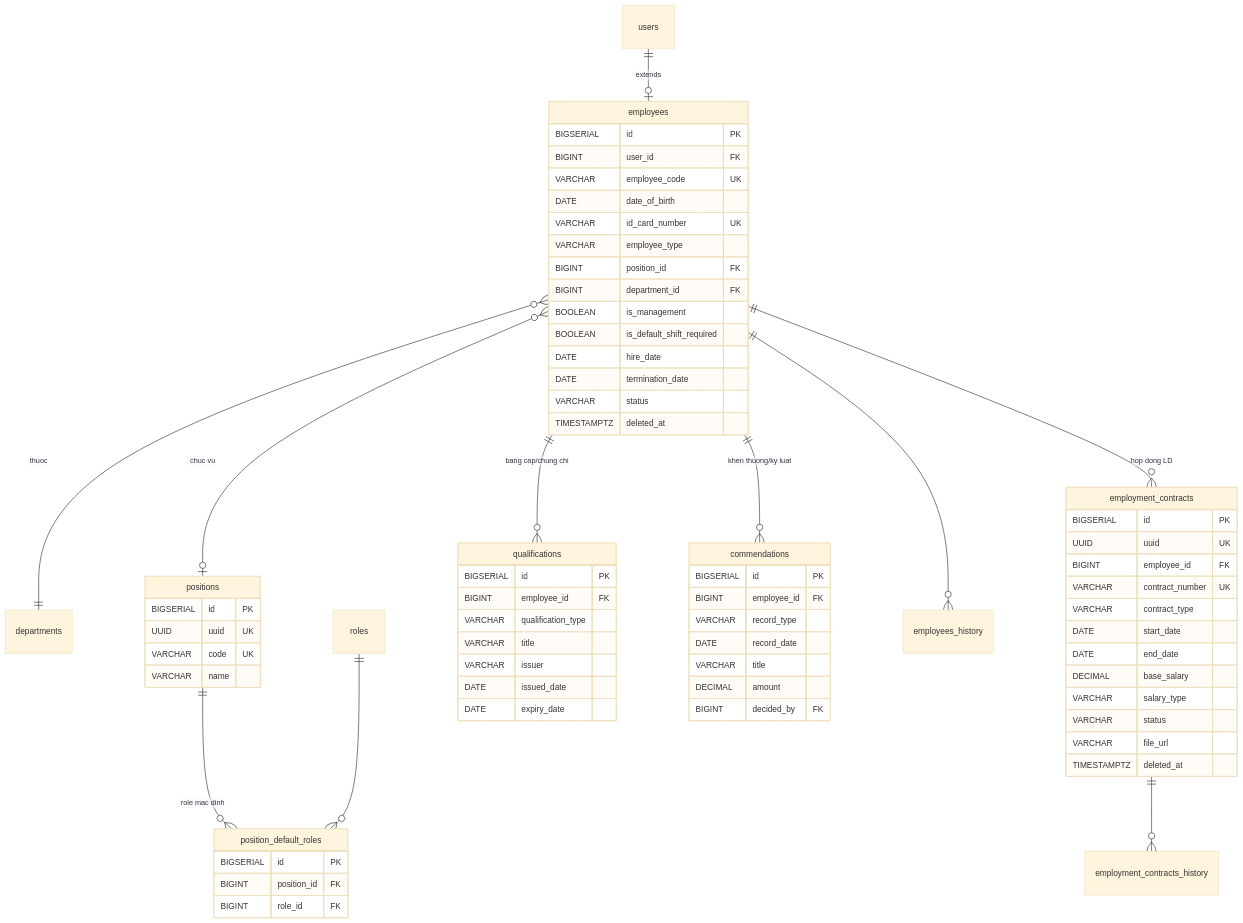
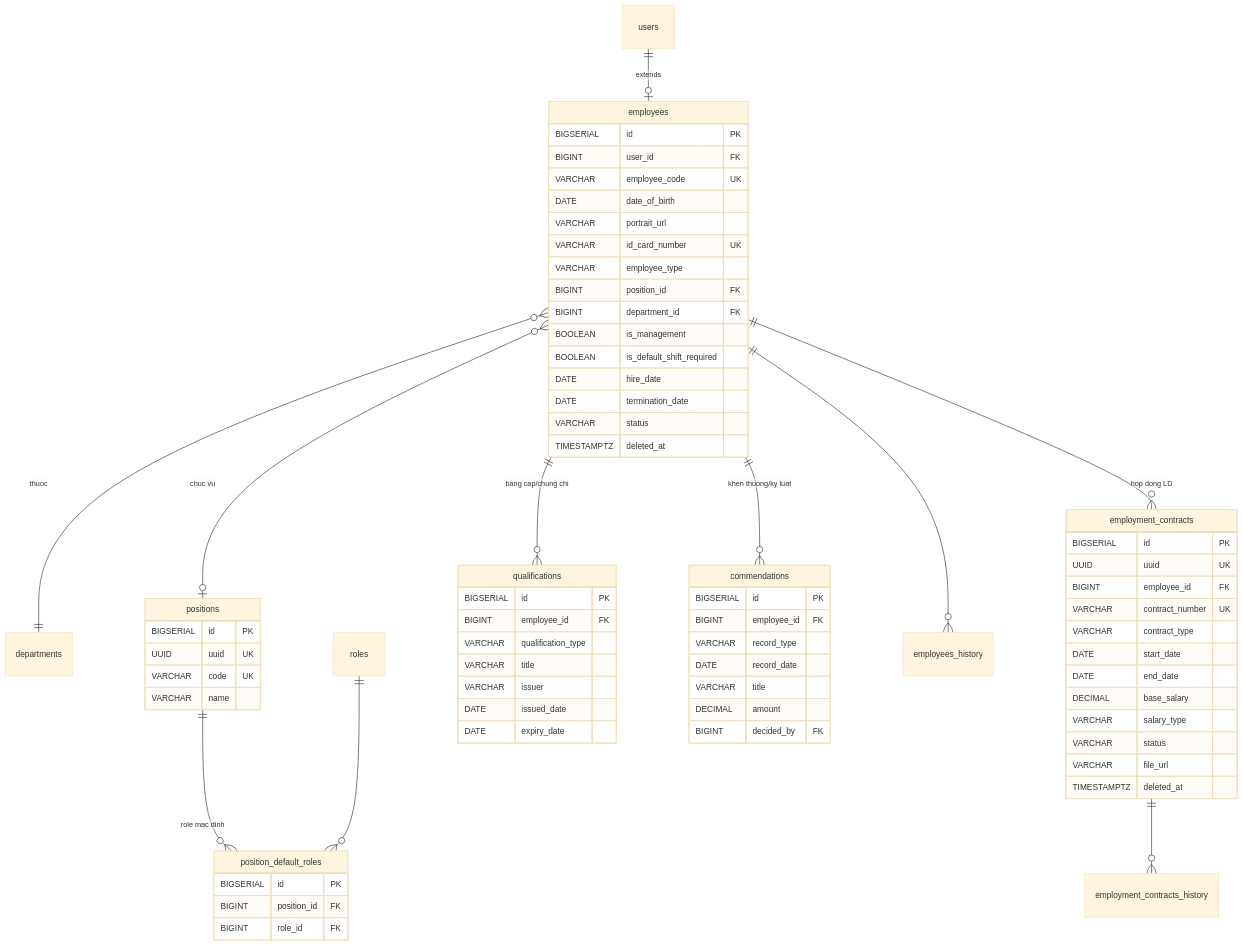
Before and after one commit to langtuananh2424/pps-education: the diagram in docs/diagrams/erd/ERD-Nhom4A-HoSoNhanSu.mmd, drawn with Mermaid (base theme). The commit also changed 26 other files, not shown here.

```diff
--- a/docs/diagrams/erd/ERD-Nhom4A-HoSoNhanSu.mmd
+++ b/docs/diagrams/erd/ERD-Nhom4A-HoSoNhanSu.mmd
@@ -1,78 +1,79 @@
 erDiagram
     users ||--o| employees : "extends"
     employees }o--|| departments : "thuoc"
     employees }o--o| positions : "chuc vu"
     employees ||--o{ employment_contracts : "hop dong LD"
     employees ||--o{ qualifications : "bang cap/chung chi"
     employees ||--o{ commendations : "khen thuong/ky luat"
 
     employees ||--o{ employees_history : ""
     employment_contracts ||--o{ employment_contracts_history : ""
 
     positions ||--o{ position_default_roles : "role mac dinh"
     roles ||--o{ position_default_roles : ""
 
     employees {
         BIGSERIAL id PK
         BIGINT user_id FK
         VARCHAR employee_code UK
         DATE date_of_birth
+        VARCHAR portrait_url
         VARCHAR id_card_number UK
         VARCHAR employee_type
         BIGINT position_id FK
         BIGINT department_id FK
         BOOLEAN is_management
         BOOLEAN is_default_shift_required
         DATE hire_date
         DATE termination_date
         VARCHAR status
         TIMESTAMPTZ deleted_at
     }
 
     positions {
         BIGSERIAL id PK
         UUID uuid UK
         VARCHAR code UK
         VARCHAR name
     }
 
     position_default_roles {
         BIGSERIAL id PK
         BIGINT position_id FK
         BIGINT role_id FK
     }
 
     employment_contracts {
         BIGSERIAL id PK
         UUID uuid UK
         BIGINT employee_id FK
         VARCHAR contract_number UK
         VARCHAR contract_type
         DATE start_date
         DATE end_date
         DECIMAL base_salary
         VARCHAR salary_type
         VARCHAR status
         VARCHAR file_url
         TIMESTAMPTZ deleted_at
     }
 
     qualifications {
         BIGSERIAL id PK
         BIGINT employee_id FK
         VARCHAR qualification_type
         VARCHAR title
         VARCHAR issuer
         DATE issued_date
         DATE expiry_date
     }
 
     commendations {
         BIGSERIAL id PK
         BIGINT employee_id FK
         VARCHAR record_type
         DATE record_date
         VARCHAR title
         DECIMAL amount
         BIGINT decided_by FK
     }
```
